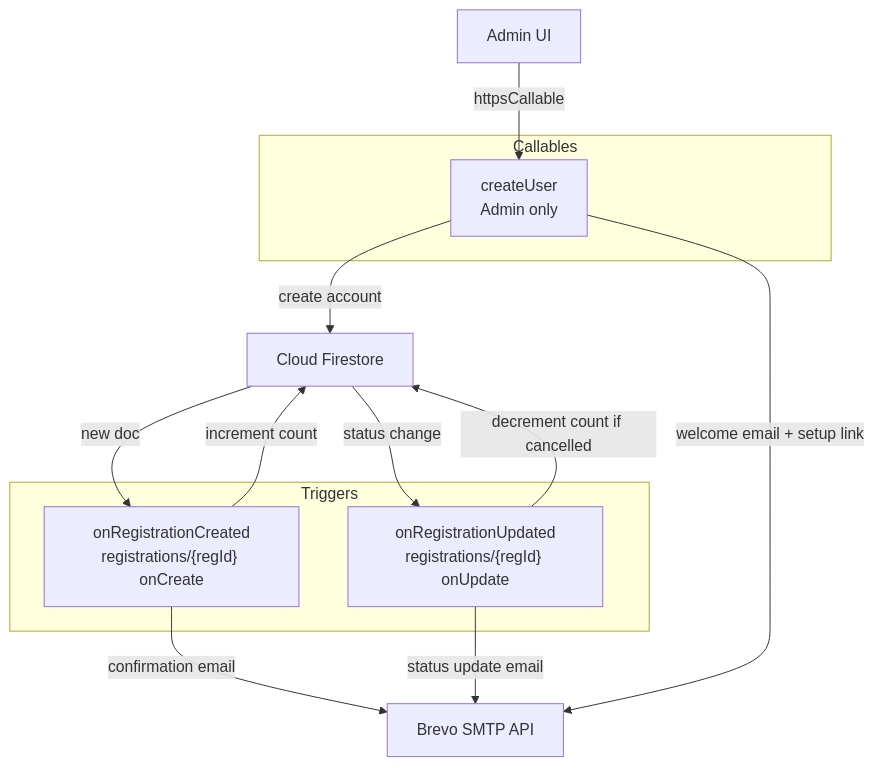
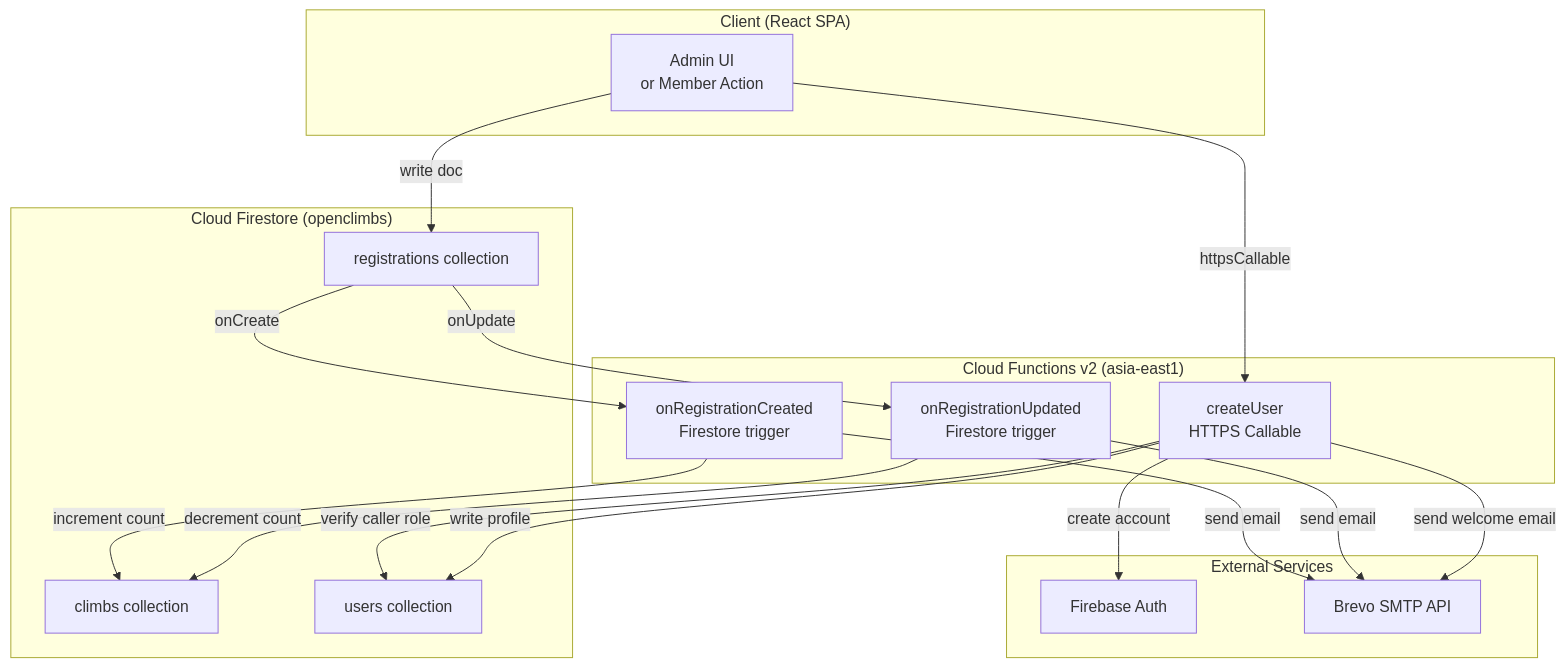
One commit to Oweeboi011/mms-open-climbs changed the first of 6 diagrams in docs/API.md. Above: the diagram before and after it, drawn with Mermaid. The commit also changed other lines of this file and 16 other files, not shown here.

````diff
--- a/docs/API.md
+++ b/docs/API.md
@@ -7,25 +31,40 @@
 ```mermaid
 graph TD
-    FS["Cloud Firestore"]
-    subgraph Triggers
-        T1["onRegistrationCreated\nregistrations/{regId} onCreate"]
-        T2["onRegistrationUpdated\nregistrations/{regId} onUpdate"]
+    subgraph Client["Client (React SPA)"]
+        UI["Admin UI\nor Member Action"]
     end
-    subgraph Callables
-        C1["createUser\nAdmin only"]
+
+    subgraph Firestore["Cloud Firestore (openclimbs)"]
+        FS_R["registrations collection"]
+        FS_C["climbs collection"]
+        FS_U["users collection"]
     end
-    Brevo["Brevo SMTP API"]
-    Admin["Admin UI"]
 
-    FS -->|new doc| T1
-    T1 -->|increment count| FS
-    T1 -->|confirmation email| Brevo
+    subgraph Functions["Cloud Functions v2 (asia-east1)"]
+        T1["onRegistrationCreated\nFirestore trigger"]
+        T2["onRegistrationUpdated\nFirestore trigger"]
+        C1["createUser\nHTTPS Callable"]
+    end
 
-    FS -->|status change| T2
-    T2 -->|decrement count if cancelled| FS
-    T2 -->|status update email| Brevo
+    subgraph External["External Services"]
+        FA["Firebase Auth"]
+        EM["Brevo SMTP API"]
+    end
 
-    Admin -->|httpsCallable| C1
-    C1 -->|create account| FS
-    C1 -->|welcome email + setup link| Brevo
+    UI -->|write doc| FS_R
+    UI -->|httpsCallable| C1
+
+    FS_R -->|onCreate| T1
+    FS_R -->|onUpdate| T2
+
+    T1 -->|increment count| FS_C
+    T1 -->|send email| EM
+
+    T2 -->|decrement count| FS_C
+    T2 -->|send email| EM
+
+    C1 -->|verify caller role| FS_U
+    C1 -->|create account| FA
+    C1 -->|write profile| FS_U
+    C1 -->|send welcome email| EM
 ```
````
